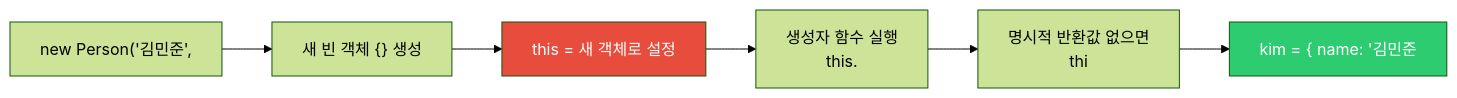
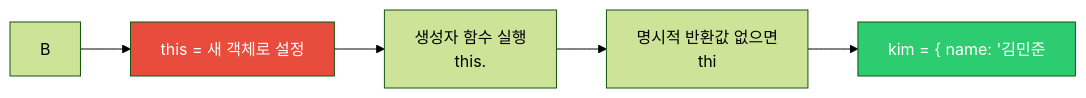
Before and after one commit to yjkim2015/yjkim2015.github.io: the fourth of 7 diagrams in _posts/frontend/2026-05-02-js-this-binding.md, drawn with Mermaid (forest theme). The commit also changed other lines of this file and 149 other files, not shown here.

First line of the commit message:
Mermaid 가독성 개선: 라벨 축약, 노드 축소, TD→LR 변환

````diff
--- a/_posts/frontend/2026-05-02-js-this-binding.md
+++ b/_posts/frontend/2026-05-02-js-this-binding.md
@@ -243,10 +243,9 @@
 ```mermaid
 flowchart LR
-    A["new Person('김민준',"] --> B["새 빈 객체 {} 생성"]
     B --> C["this = 새 객체로 설정"]
     C --> D["생성자 함수 실행<br>this."]
     D --> E["명시적 반환값 없으면<br>thi"]
     E --> F["kim = { name: '김민준"]
     style C fill:#e74c3c,color:#fff
     style F fill:#2ecc71,color:#fff
 ```
````
